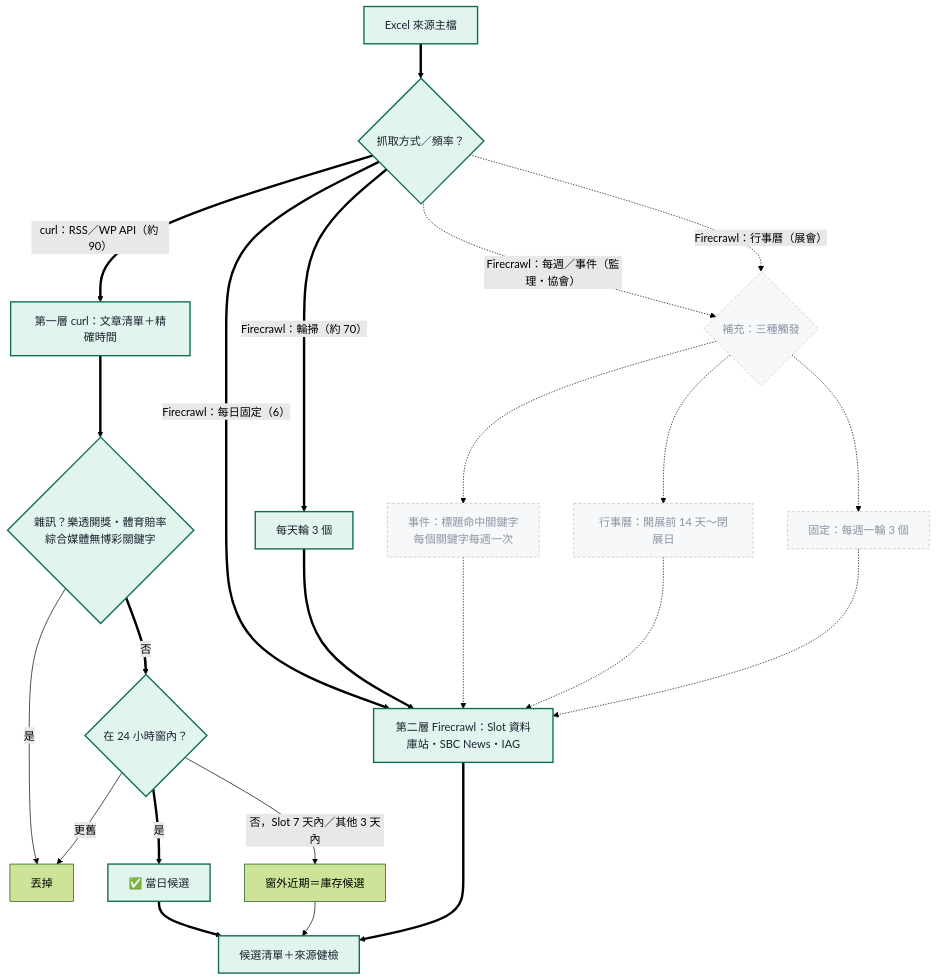
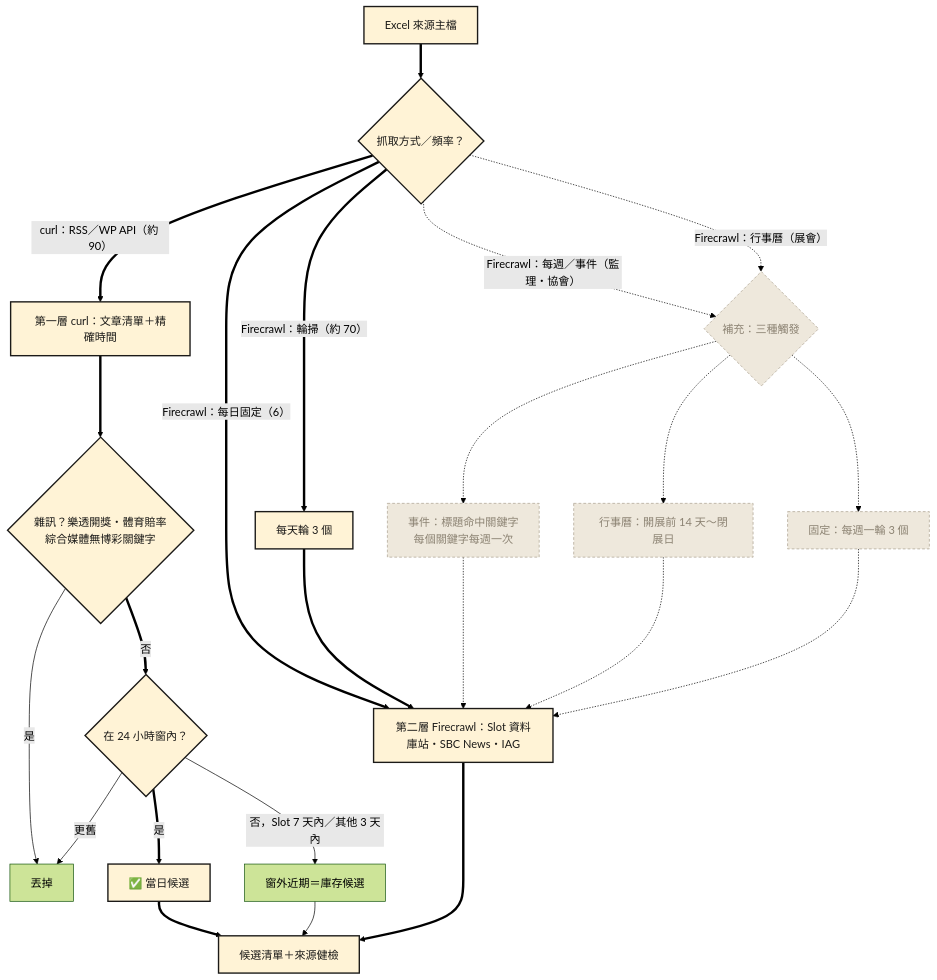
One commit to igaming-pulse/igaming-daily changed the second of 5 diagrams in OutputLogic.md. Above: the diagram before and after it, drawn with Mermaid (forest theme). The commit also changed 1 other file, not shown here.

Commit message:
style: OutputLogic 色譜圖表風

````diff
--- a/OutputLogic.md
+++ b/OutputLogic.md
@@ -60,29 +60,29 @@
 ```mermaid
 flowchart TD
   S["Excel 來源主檔"] ==> W{"抓取方式／頻率？"}
   W == "curl：RSS／WP API（約 90）" ==> L1["第一層 curl：文章清單＋精確時間"]
   W == "Firecrawl：每日固定（6）" ==> L2["第二層 Firecrawl：Slot 資料庫站・SBC News・IAG"]
   W == "Firecrawl：輪掃（約 70）" ==> RT["每天輪 3 個"]
   W -. "Firecrawl：每週／事件（監理・協會）" .-> TR{"補充：三種觸發"}
   W -. "Firecrawl：行事曆（展會）" .-> TR
   TR -.-> E1["事件：標題命中關鍵字<br/>每個關鍵字每週一次"]
   TR -.-> E2["行事曆：開展前 14 天～閉展日"]
   TR -.-> E3["固定：每週一輪 3 個"]
   RT ==> L2
   E1 -.-> L2
   E2 -.-> L2
   E3 -.-> L2
   L1 ==> NZ{"雜訊？樂透開獎・體育賠率<br/>綜合媒體無博彩關鍵字"}
   NZ -- 是 --> DROP["丟掉"]
   NZ == 否 ==> TW{"在 24 小時窗內？"}
   TW == 是 ==> IN["✅ 當日候選"]
   TW -- "否，Slot 7 天內／其他 3 天內" --> OLD["窗外近期＝庫存候選"]
   TW -- 更舊 --> DROP
   IN ==> OUT["候選清單＋來源健檢"]
   OLD --> OUT
   L2 ==> OUT
-  classDef main fill:#E1F5EE,stroke:#0F6E56,stroke-width:2px,color:#1A2230
-  classDef minor fill:#F7F8FA,stroke:#B8C0CC,stroke-dasharray:4 3,color:#8A94A3
+  classDef main fill:#FFF3D6,stroke:#1B1A18,stroke-width:2px,color:#1B1A18
+  classDef minor fill:#EEE8DC,stroke:#A99F8E,stroke-dasharray:4 3,color:#8C8373
   class S,W,L1,L2,RT,NZ,TW,IN,OUT main
   class TR,E1,E2,E3 minor
 ```
````
